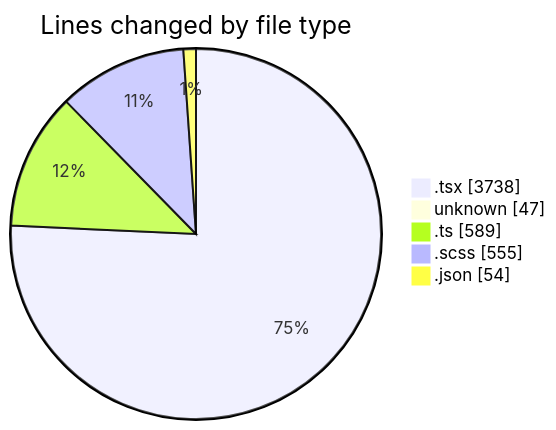
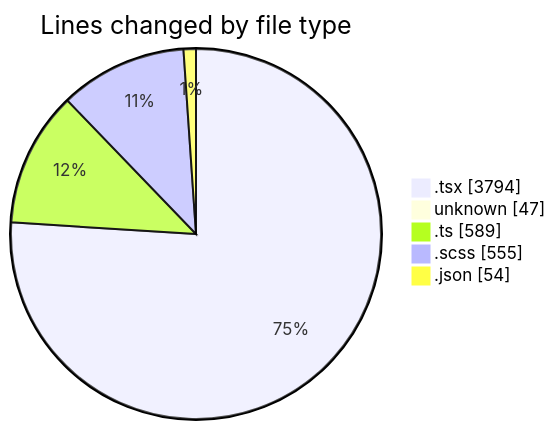
Before and after one commit to momahboobian/code-tracking: the first of 2 diagrams in 2025-09-18/cda/README.md, drawn with Mermaid. The commit also changed other lines of this file and 1 other file, not shown here.

````diff
--- a/2025-09-18/cda/README.md
+++ b/2025-09-18/cda/README.md
@@ -29,9 +29,9 @@
 ```mermaid
 pie showData
 title Lines changed by file type
-".tsx" : 3738
+".tsx" : 3794
 "unknown" : 47
 ".ts" : 589
 ".scss" : 555
 ".json" : 54
 ```
````
